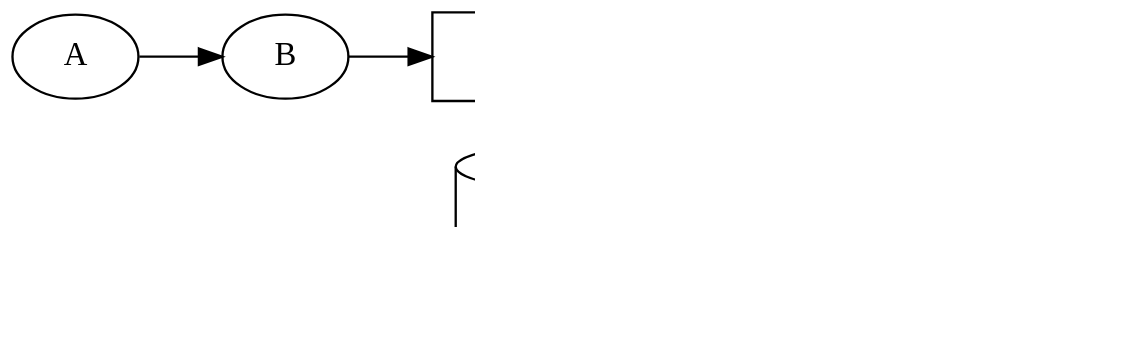
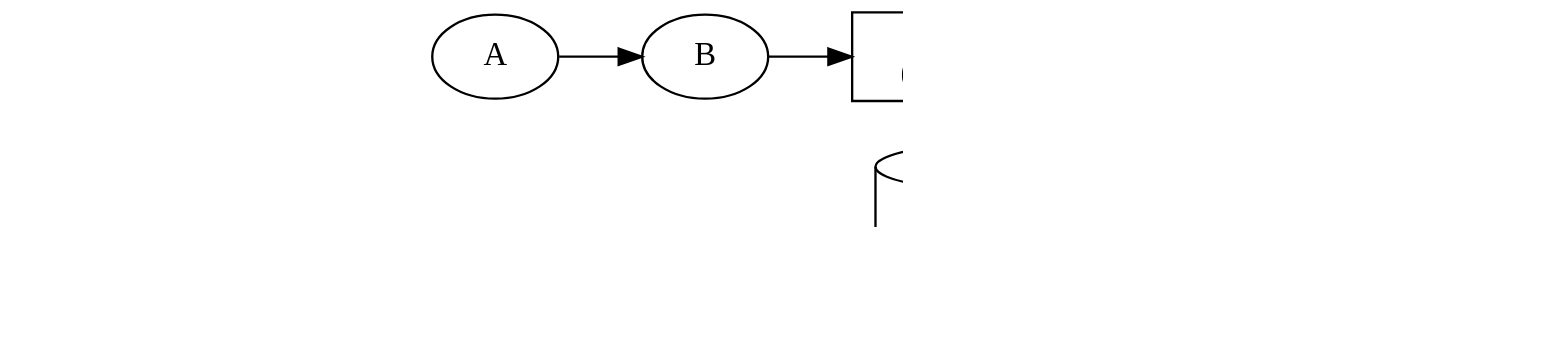
One commit to inponomarev/kstreams-testing-pitfalls changed the tenth of 23 diagrams in slides/src/main/asciidoc/lecture.adoc. Above: the diagram before and after it, drawn with Graphviz. The commit also changed other lines of this file, not shown here.

```diff
--- a/slides/src/main/asciidoc/lecture.adoc
+++ b/slides/src/main/asciidoc/lecture.adoc
@@ -423,27 +440,36 @@
 [graphviz,"wrong-topology3.png"]
 ----
 digraph G {
 graph [ dpi = 180 ];
 rankdir="LR";
 A1[label="A"];
 B1[label="B"];
 A2[label="A"];
 B2[label="B"];
 
 A1 -> B1 ->  Reduce -> B2 -> A2 ;
 
 
 Reduce[shape=box,label="reduce \n (l, r) → <STOP>"];
 
 Store[shape=cylinder,label=<<table cellspacing="5" cellborder="0"  border="0">
         <tr><td colspan="2">Local Store</td></tr>
         <tr><td>A</td><vr/><td>A</td></tr>
         <tr><td>B</td><vr/><td>B</td></tr>
         </table>>];
 
 Reduce->Store;
 
 {rank = same; Store; Reduce; }
 
+#padding with invisible nodes
+D1->D2->A1[style="invis"];
+A2->S1->S2[style="invis"];
+D1[label="A", style="invis"];
+D2[label="A", style="invis"];
+S1[label="<STOP>", style="invis"];
+S2[label="<STOP>", style="invis"];
+
 }
+
 ----
```
